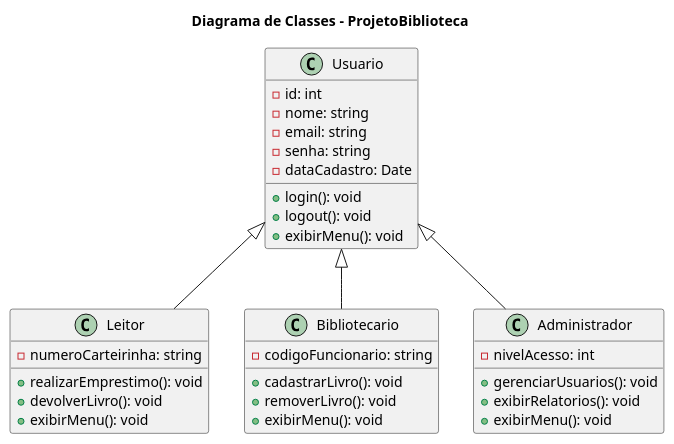
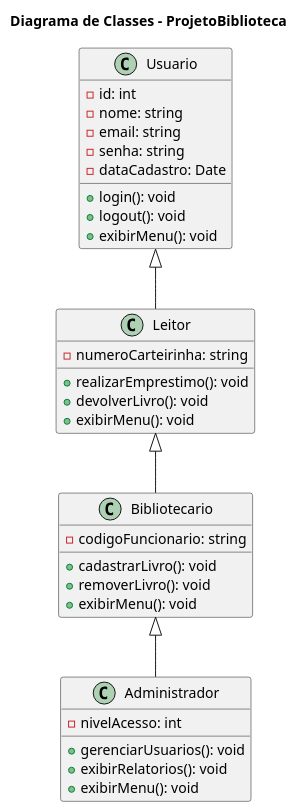
The diagram in biblioteca/src/modelagem/biblioteca.puml (Delfino-23/ProjetoBiblioteca), drawn with PlantUML before and after one commit. The commit also changed 10 other files, not shown here.

```diff
--- a/biblioteca/src/modelagem/biblioteca.puml
+++ b/biblioteca/src/modelagem/biblioteca.puml
@@ -1,47 +1,47 @@
 @startuml ProjetoBiblioteca
 title Diagrama de Classes - ProjetoBiblioteca
 
 ' Superclasse
 class Usuario {
   - id: int
   - nome: string
   - email: string
   - senha: string
   - dataCadastro: Date
   
   + login(): void
   + logout(): void
   + exibirMenu(): void
 }
 
 ' Subclasses
 class Leitor {
   - numeroCarteirinha: string
   
   + realizarEmprestimo(): void
   + devolverLivro(): void
   + exibirMenu(): void
 }
 
 class Bibliotecario {
   - codigoFuncionario: string
   
   + cadastrarLivro(): void
   + removerLivro(): void
   + exibirMenu(): void
 }
 
 class Administrador {
   - nivelAcesso: int
   
   + gerenciarUsuarios(): void
   + exibirRelatorios(): void
   + exibirMenu(): void
 }
 
 ' Relações
 Usuario <|-- Leitor
-Usuario <|-- Bibliotecario
-Usuario <|-- Administrador
+Leitor <|-- Bibliotecario
+Bibliotecario <|-- Administrador
 
 @enduml
```
